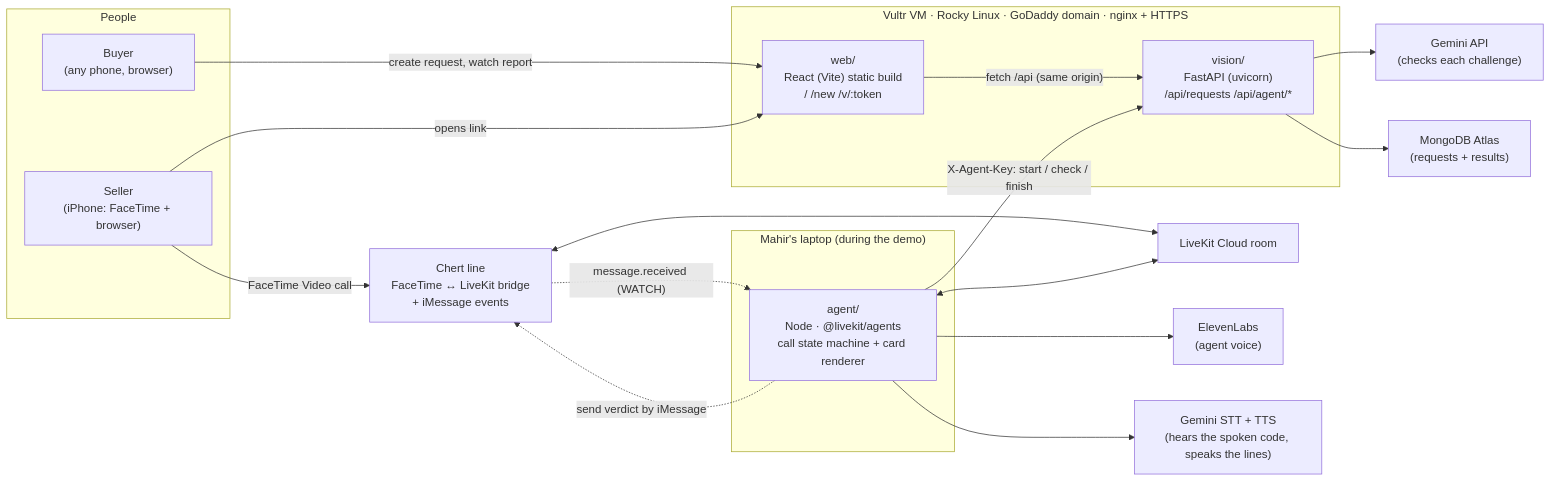
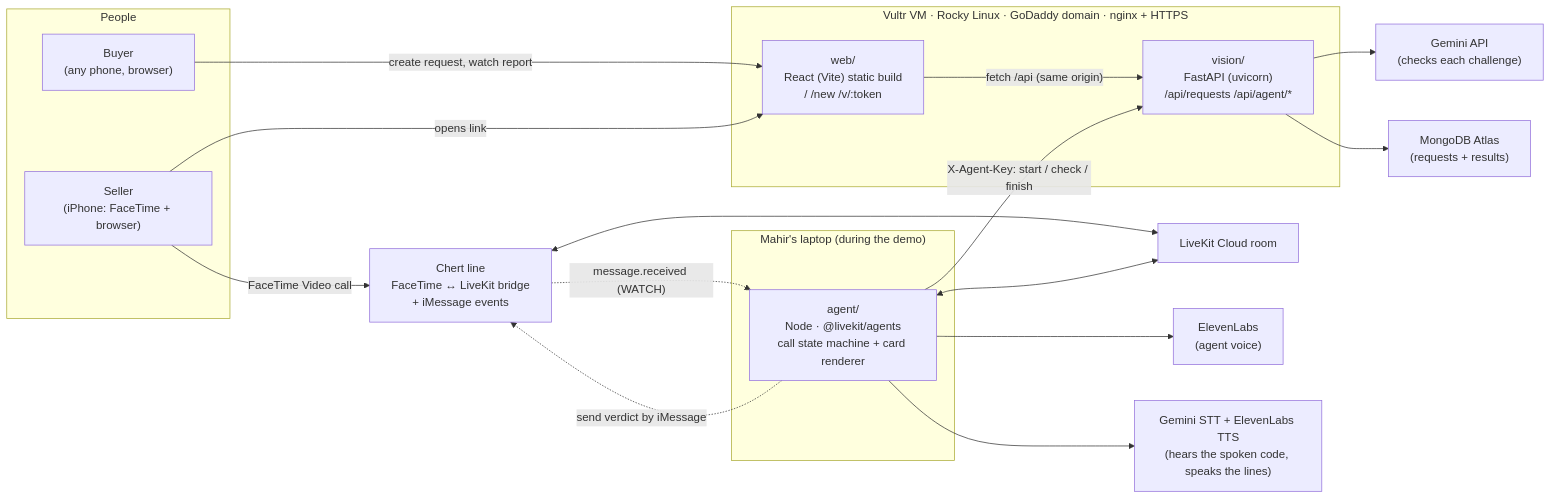
The first of 5 diagrams in docs/ARCHITECTURE.md (Mahirrrr/showme), drawn with Mermaid before and after one commit. The commit also changed other lines of this file and 7 other files, not shown here.

First line of the commit message:
feat(agent): ElevenLabs voice, Gemini keeps speech-to-text

````diff
--- a/docs/ARCHITECTURE.md
+++ b/docs/ARCHITECTURE.md
@@ -13,37 +13,37 @@
 ```mermaid
 flowchart LR
   subgraph People
     B["Buyer<br/>(any phone, browser)"]
     S["Seller<br/>(iPhone: FaceTime + browser)"]
   end
 
   subgraph Vultr["Vultr VM · Rocky Linux · GoDaddy domain · nginx + HTTPS"]
     W["web/<br/>React (Vite) static build<br/>/  /new  /v/:token"]
     V["vision/<br/>FastAPI (uvicorn)<br/>/api/requests  /api/agent/*"]
   end
 
   subgraph Laptop["Mahir's laptop (during the demo)"]
     A["agent/<br/>Node · @livekit/agents<br/>call state machine + card renderer"]
   end
 
   C["Chert line<br/>FaceTime ↔ LiveKit bridge<br/>+ iMessage events"]
   L["LiveKit Cloud room"]
   G["Gemini API<br/>(checks each challenge)"]
   M["MongoDB Atlas<br/>(requests + results)"]
   E["ElevenLabs<br/>(agent voice)"]
-  O["Gemini STT + TTS<br/>(hears the spoken code, speaks the lines)"]
+  O["Gemini STT + ElevenLabs TTS<br/>(hears the spoken code, speaks the lines)"]
 
   B -- "create request, watch report" --> W
   S -- "opens link" --> W
   W -- "fetch /api (same origin)" --> V
   S -- "FaceTime Video call" --> C
   C <--> L
   A <--> L
   A -- "X-Agent-Key: start / check / finish" --> V
   V --> G
   V --> M
   A --> E
   A --> O
   C -. "message.received (WATCH)" .-> A
   A -. "send verdict by iMessage" .-> C
 ```
````
